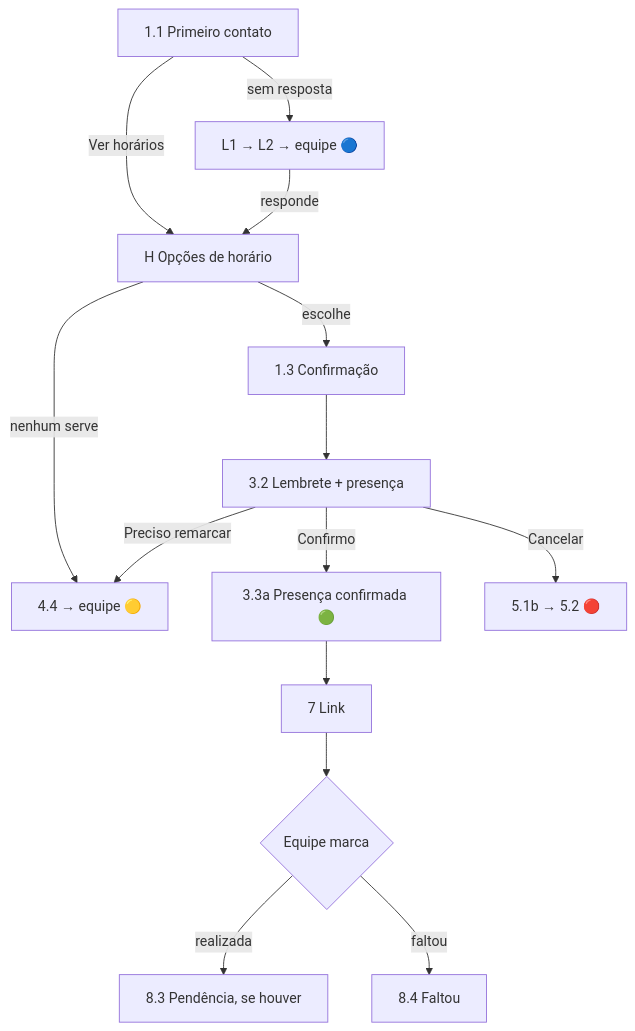
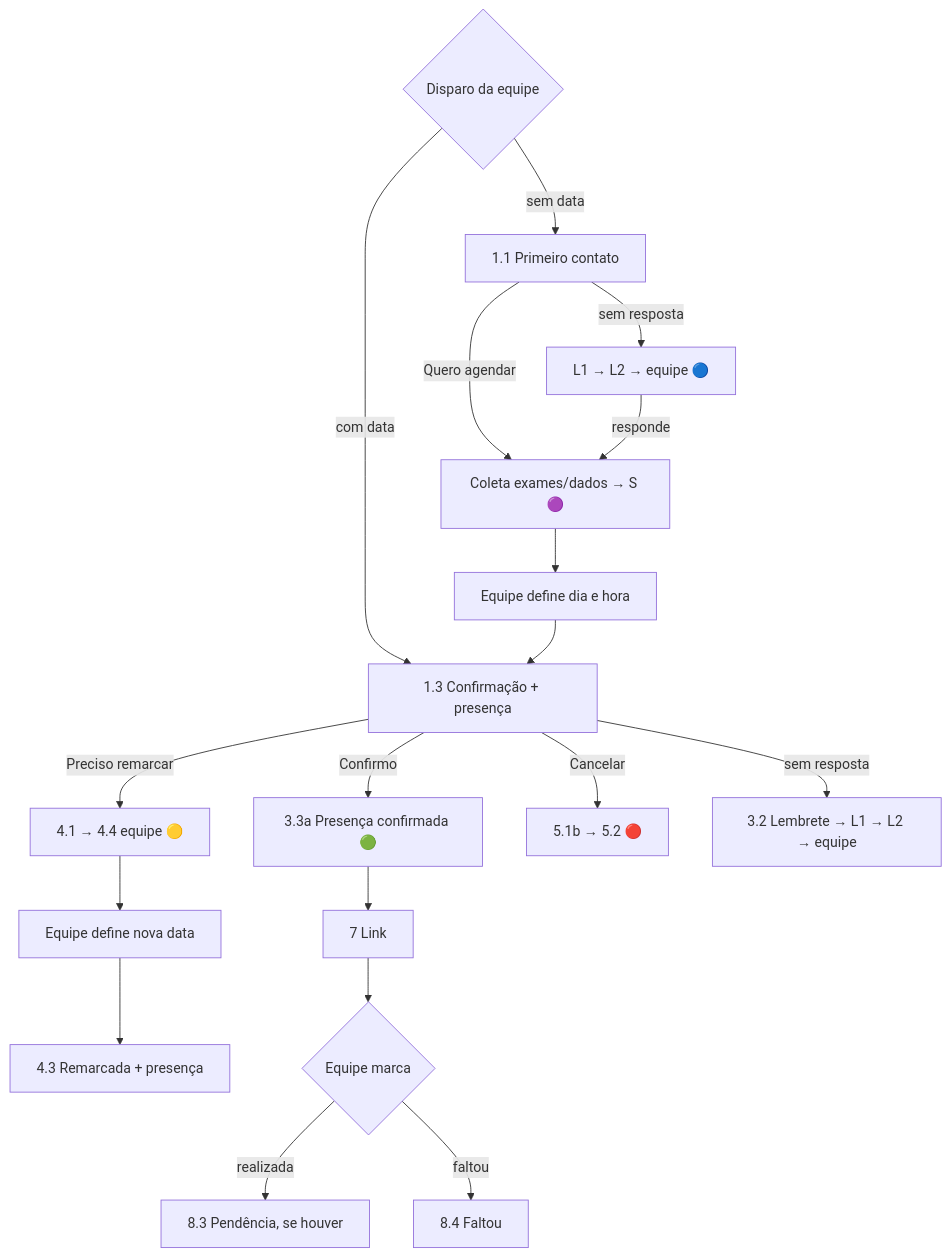
The first of 2 diagrams in docs/MENSAGENS.md (thompsoncysneiros/json-server-template), drawn with Mermaid before and after one commit. The commit also changed other lines of this file and 3 other files, not shown here.

````diff
--- a/docs/MENSAGENS.md
+++ b/docs/MENSAGENS.md
@@ -456,16 +469,21 @@
 ```mermaid
 flowchart TD
-    A[1.1 Primeiro contato] -->|Ver horários| H[H Opções de horário]
+    D{Disparo da equipe}
+    D -->|com data| C[1.3 Confirmação + presença]
+    D -->|sem data| A[1.1 Primeiro contato]
+    A -->|Quero agendar| S[Coleta exames/dados → S 🟣]
     A -->|sem resposta| L[L1 → L2 → equipe 🔵]
-    L -->|responde| H
-    H -->|escolhe| C[1.3 Confirmação]
-    H -->|nenhum serve| E[4.4 → equipe 🟡]
-    C --> LC[3.2 Lembrete + presença]
-    LC -->|Confirmo| OK[3.3a Presença confirmada 🟢]
-    LC -->|Preciso remarcar| E
-    LC -->|Cancelar| X[5.1b → 5.2 🔴]
+    L -->|responde| S
+    S --> EQ[Equipe define dia e hora]
+    EQ --> C
+    C -->|Confirmo| OK[3.3a Presença confirmada 🟢]
+    C -->|Preciso remarcar| R[4.1 → 4.4 equipe 🟡]
+    C -->|Cancelar| X[5.1b → 5.2 🔴]
+    C -->|sem resposta| L2[3.2 Lembrete → L1 → L2 → equipe]
+    R --> EQ2[Equipe define nova data]
+    EQ2 --> RC[4.3 Remarcada + presença]
     OK --> LK[7 Link]
-    LK --> R{Equipe marca}
-    R -->|realizada| P[8.3 Pendência, se houver]
-    R -->|faltou| F[8.4 Faltou]
+    LK --> F{Equipe marca}
+    F -->|realizada| P[8.3 Pendência, se houver]
+    F -->|faltou| FT[8.4 Faltou]
 ```
````
